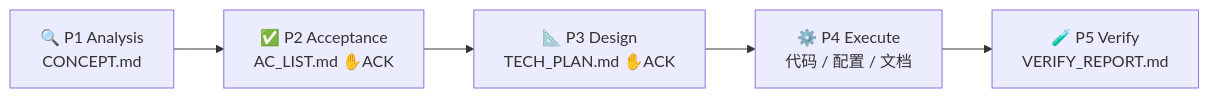
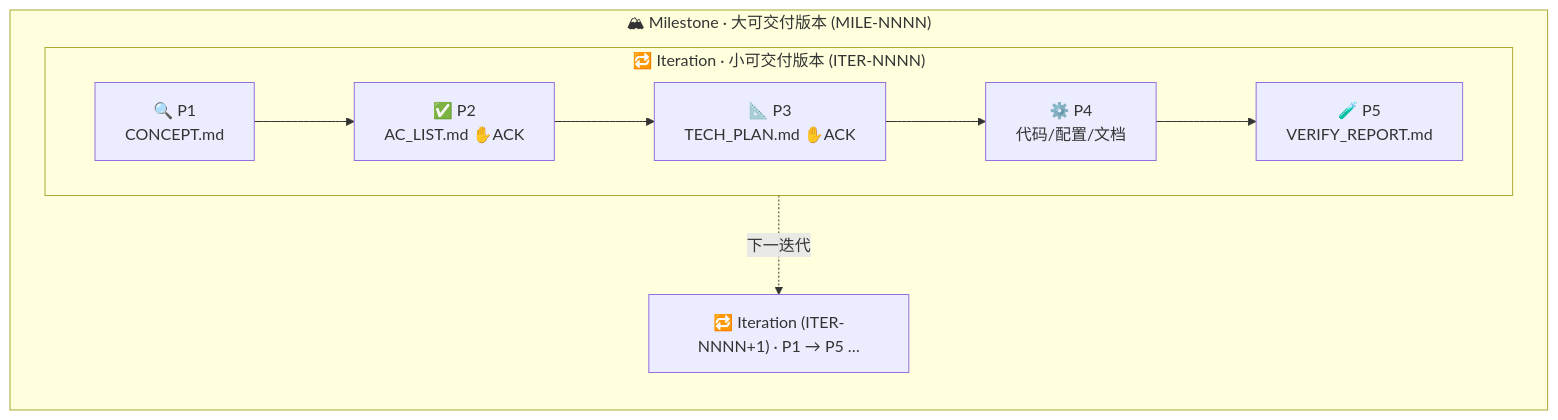
Before and after one commit to hidetodong/butler: the diagram in README.md, drawn with Mermaid. The commit also changed other lines of this file, not shown here.

Commit message:
docs(readme): Mermaid 工作流图加入里程碑/迭代嵌套层
外层 Milestone(MILE-NNNN) 纵向包多个 Iteration，内层 Iteration(ITER-NNNN)
横向跑 P1→P5，虚线示意「下一迭代」；配套说明改为两层范围单元口径。

````diff
--- a/README.md
+++ b/README.md
@@ -34,7 +34,15 @@
 ```mermaid
-flowchart LR
-    P1["🔍 P1 Analysis<br/>CONCEPT.md"] --> P2["✅ P2 Acceptance<br/>AC_LIST.md ✋ACK"]
-    P2 --> P3["📐 P3 Design<br/>TECH_PLAN.md ✋ACK"]
-    P3 --> P4["⚙️ P4 Execute<br/>代码 / 配置 / 文档"]
-    P4 --> P5["🧪 P5 Verify<br/>VERIFY_REPORT.md"]
+flowchart TB
+    subgraph MILE["🏔 Milestone · 大可交付版本 (MILE-NNNN)"]
+        direction TB
+        subgraph ITER1["🔁 Iteration · 小可交付版本 (ITER-NNNN)"]
+            direction LR
+            P1["🔍 P1<br/>CONCEPT.md"] --> P2["✅ P2<br/>AC_LIST.md ✋ACK"]
+            P2 --> P3["📐 P3<br/>TECH_PLAN.md ✋ACK"]
+            P3 --> P4["⚙️ P4<br/>代码/配置/文档"]
+            P4 --> P5["🧪 P5<br/>VERIFY_REPORT.md"]
+        end
+        ITER2["🔁 Iteration (ITER-NNNN+1) · P1 → P5 …"]
+        ITER1 -.下一迭代.-> ITER2
+    end
 ```
````
